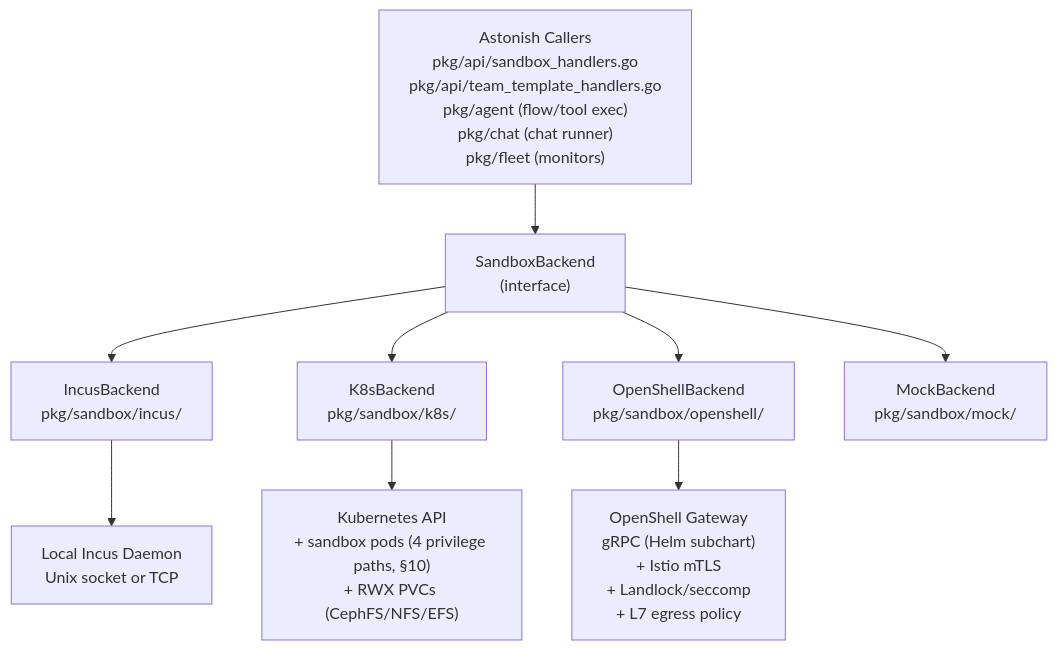
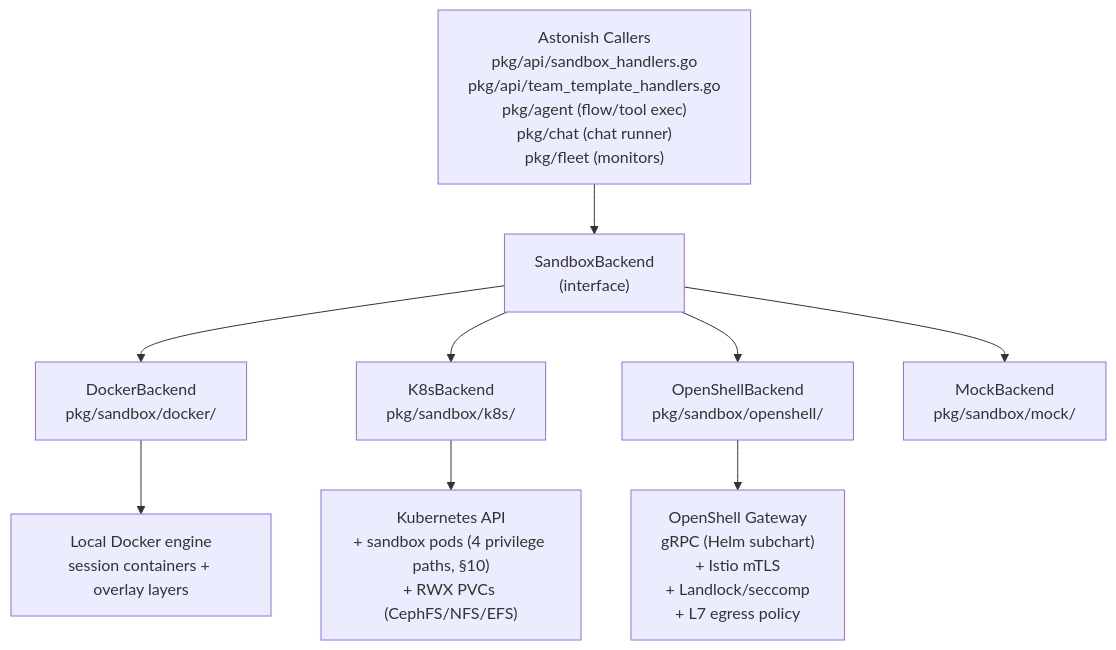
One commit to SAP/astonish changed the first of 2 diagrams in docs/architecture/sandbox-backends.md. Above: the diagram before and after it, drawn with Mermaid. The commit also changed other lines of this file and 168 other files, not shown here.

First line of the commit message:
Replace Incus sandbox with Docker OverlayFS (#503)

````diff
--- a/docs/architecture/sandbox-backends.md
+++ b/docs/architecture/sandbox-backends.md
@@ -80,15 +85,15 @@
 ```mermaid
 graph TB
     Callers["Astonish Callers<br/>pkg/api/sandbox_handlers.go<br/>pkg/api/team_template_handlers.go<br/>pkg/agent (flow/tool exec)<br/>pkg/chat (chat runner)<br/>pkg/fleet (monitors)"]
 
     Callers --> Interface["SandboxBackend<br/>(interface)"]
 
-    Interface --> Incus["IncusBackend<br/>pkg/sandbox/incus/"]
+    Interface --> Docker["DockerBackend<br/>pkg/sandbox/docker/"]
     Interface --> K8s["K8sBackend<br/>pkg/sandbox/k8s/"]
     Interface --> OpenShell["OpenShellBackend<br/>pkg/sandbox/openshell/"]
     Interface --> Mock["MockBackend<br/>pkg/sandbox/mock/"]
 
-    Incus --> IncusTarget["Local Incus Daemon<br/>Unix socket or TCP"]
+    Docker --> DockerTarget["Local Docker engine<br/>session containers + overlay layers"]
     K8s --> K8sTarget["Kubernetes API<br/>+ sandbox pods (4 privilege paths, §10)<br/>+ RWX PVCs (CephFS/NFS/EFS)"]
     OpenShell --> OSTarget["OpenShell Gateway<br/>gRPC (Helm subchart)<br/>+ Istio mTLS<br/>+ Landlock/seccomp<br/>+ L7 egress policy"]
 ```
````
